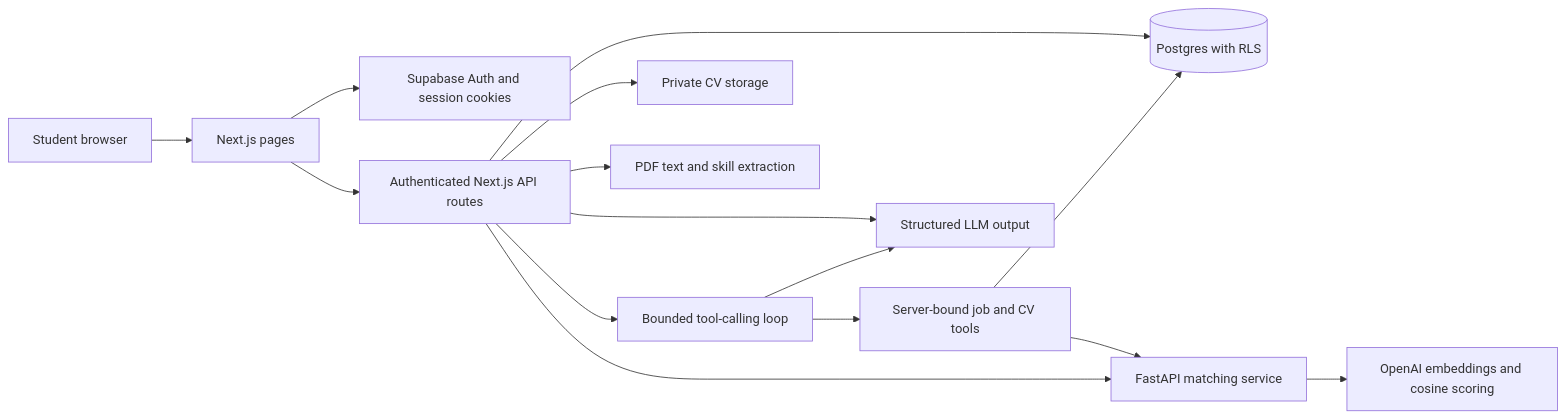
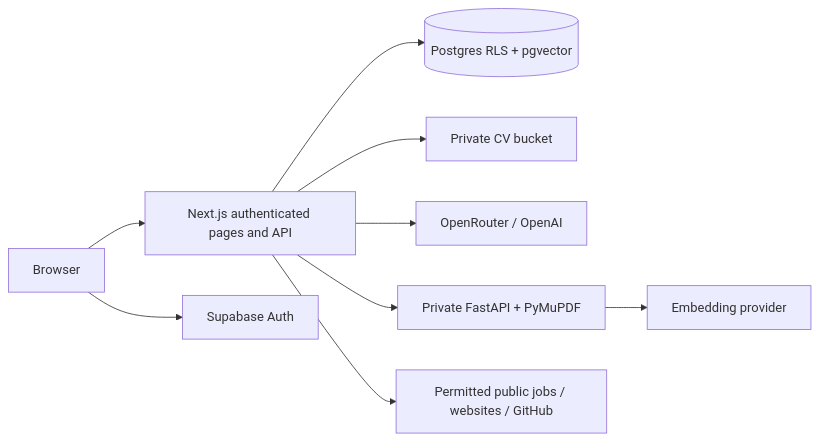
The diagram in README.md (Sinthujans23/AI-Internship-copilot), drawn with Mermaid before and after one commit. The commit also changed other lines of this file and 61 other files, not shown here.

````diff
--- a/README.md
+++ b/README.md
@@ -43,17 +44,11 @@
 ```mermaid
 flowchart LR
-    Student[Student browser] --> Web[Next.js pages]
-    Web --> Auth[Supabase Auth and session cookies]
-    Web --> API[Authenticated Next.js API routes]
-    API --> DB[(Postgres with RLS)]
-    API --> Files[Private CV storage]
-    API --> PDF[PDF text and skill extraction]
-    API --> LLM[Structured LLM output]
-    API --> Agent[Bounded tool-calling loop]
-    Agent --> LLM
-    Agent --> Tools[Server-bound job and CV tools]
-    Tools --> DB
-    Tools --> Match[FastAPI matching service]
-    API --> Match
-    Match --> Embed[OpenAI embeddings and cosine scoring]
+ Browser --> Next[Next.js authenticated pages and API]
+ Browser --> Auth[Supabase Auth]
+ Next --> DB[(Postgres RLS + pgvector)]
+ Next --> Storage[Private CV bucket]
+ Next --> AI[OpenRouter / OpenAI]
+ Next --> Python[Private FastAPI + PyMuPDF]
+ Python --> Embeddings[Embedding provider]
+ Next --> Sources[Permitted public jobs / websites / GitHub]
 ```
````
